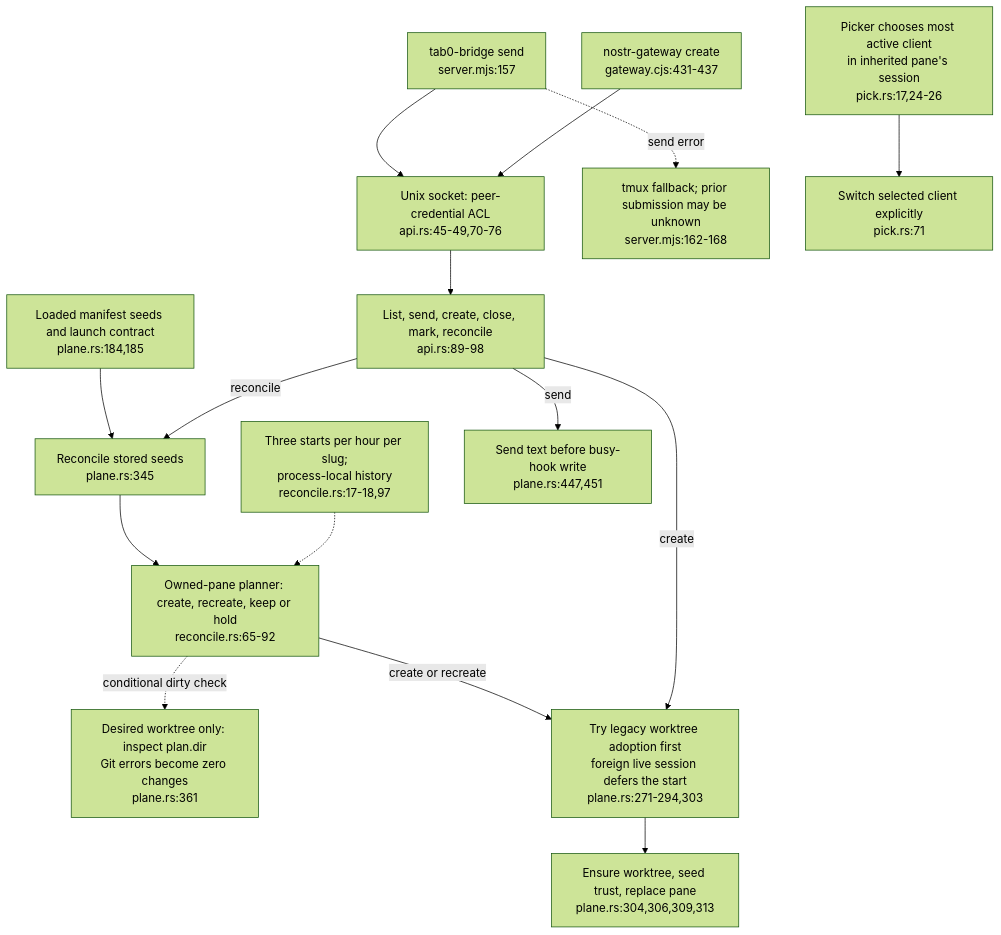
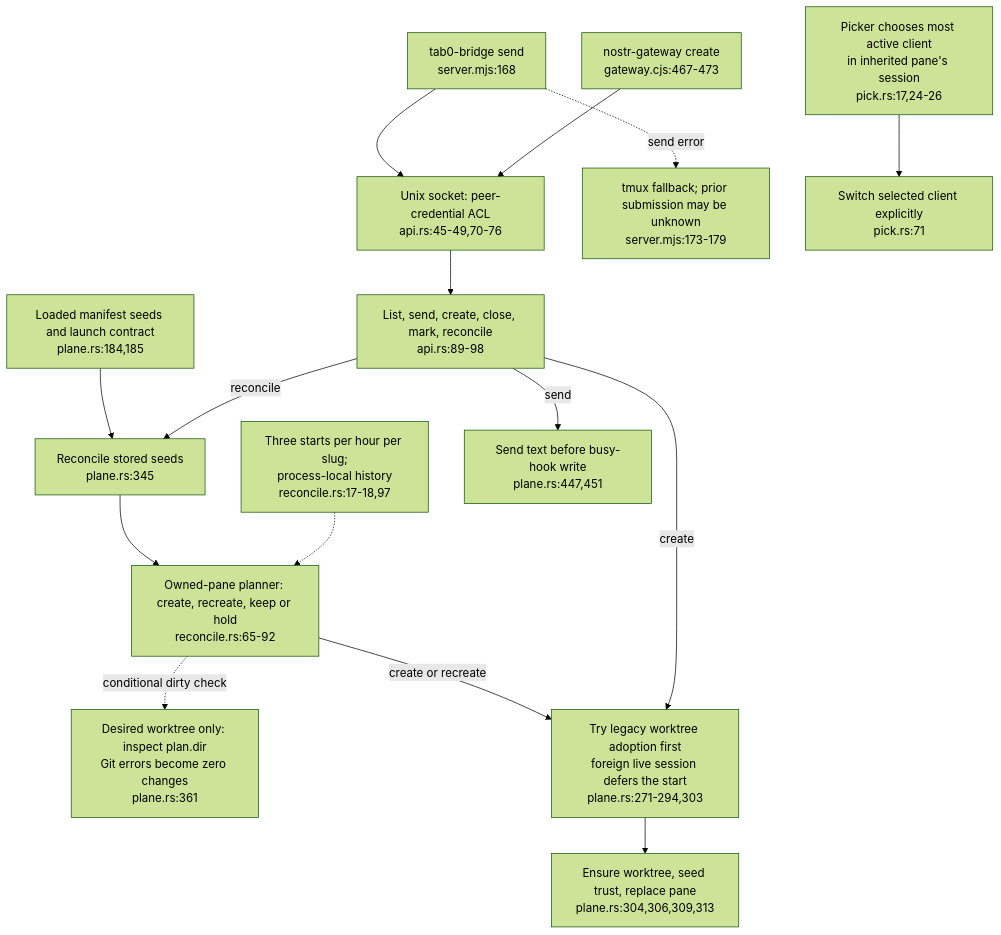
Before and after one commit to DreamLab-AI/VisionFlow: diagram 12 of 12 in docs/diagrams/agentbox/12-tab0-bridge-and-interaction-plane.md, drawn with Mermaid (forest theme). The commit also changed other lines of this file and 8 other files, not shown here.

First line of the commit message:
docs(diagrams): re-verify the NIP-98 proxy topics and the custody counts at agentbox 0693c761c (VF-DIAGRAM-NIP98-DRIFT)

````diff
--- a/docs/diagrams/agentbox/12-tab0-bridge-and-interaction-plane.md
+++ b/docs/diagrams/agentbox/12-tab0-bridge-and-interaction-plane.md
@@ -530,17 +531,17 @@
 ```mermaid
 flowchart TD
     MAN["Loaded manifest seeds and launch contract<br/>plane.rs:184,185"] --> REC["Reconcile stored seeds<br/>plane.rs:345"]
     REC --> DEC["Owned-pane planner: create, recreate, keep or hold<br/>reconcile.rs:65-92"]
     DEC -.->|conditional dirty check| GATE["Desired worktree only: inspect plan.dir<br/>Git errors become zero changes<br/>plane.rs:361"]
     DEC -->|create or recreate| ADOPT["Try legacy worktree adoption first<br/>foreign live session defers the start<br/>plane.rs:271-294,303"]
     ADOPT --> START["Ensure worktree, seed trust, replace pane<br/>plane.rs:304,306,309,313"]
     BACK["Three starts per hour per slug;<br/>process-local history<br/>reconcile.rs:17-18,97"] -.-> DEC
     SOCK["Unix socket: peer-credential ACL<br/>api.rs:45-49,70-76"] --> OPS["List, send, create, close, mark, reconcile<br/>api.rs:89-98"]
     OPS -->|create| ADOPT
     OPS -->|reconcile| REC
     OPS -->|send| INPUT["Send text before busy-hook write<br/>plane.rs:447,451"]
-    TB["tab0-bridge send<br/>server.mjs:157"] --> SOCK
-    GW["nostr-gateway create<br/>gateway.cjs:431-437"] --> SOCK
-    TB -.->|send error| FALL["tmux fallback; prior submission may be unknown<br/>server.mjs:162-168"]
+    TB["tab0-bridge send<br/>server.mjs:168"] --> SOCK
+    GW["nostr-gateway create<br/>gateway.cjs:467-473"] --> SOCK
+    TB -.->|send error| FALL["tmux fallback; prior submission may be unknown<br/>server.mjs:173-179"]
     PICK["Picker chooses most active client<br/>in inherited pane's session<br/>pick.rs:17,24-26"] --> TARGET["Switch selected client explicitly<br/>pick.rs:71"]
 ```
````
